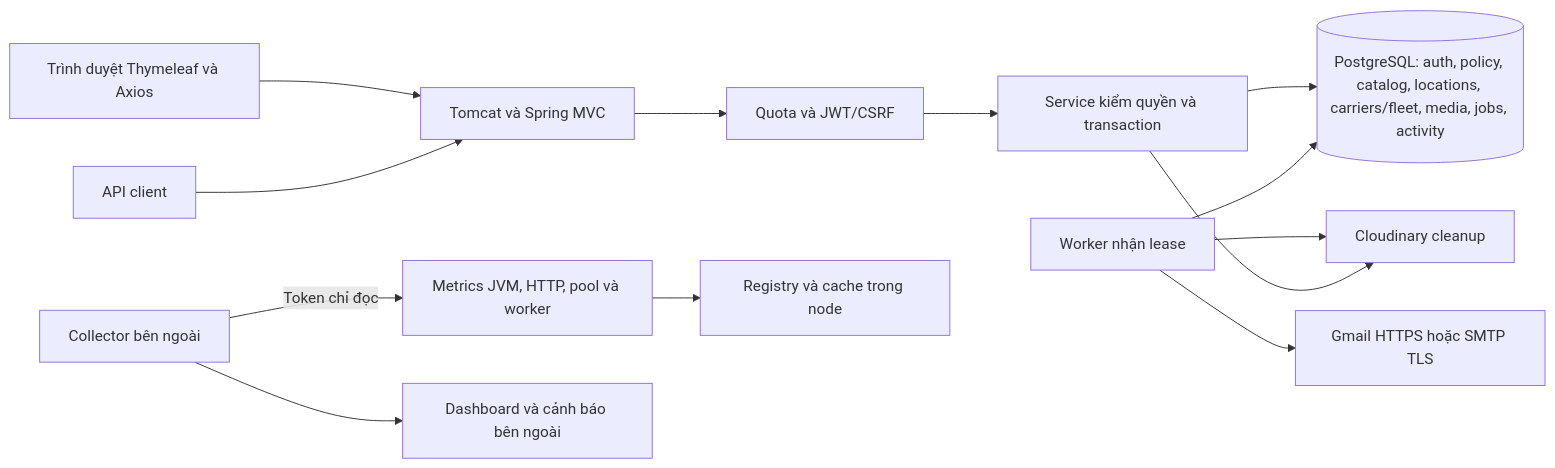
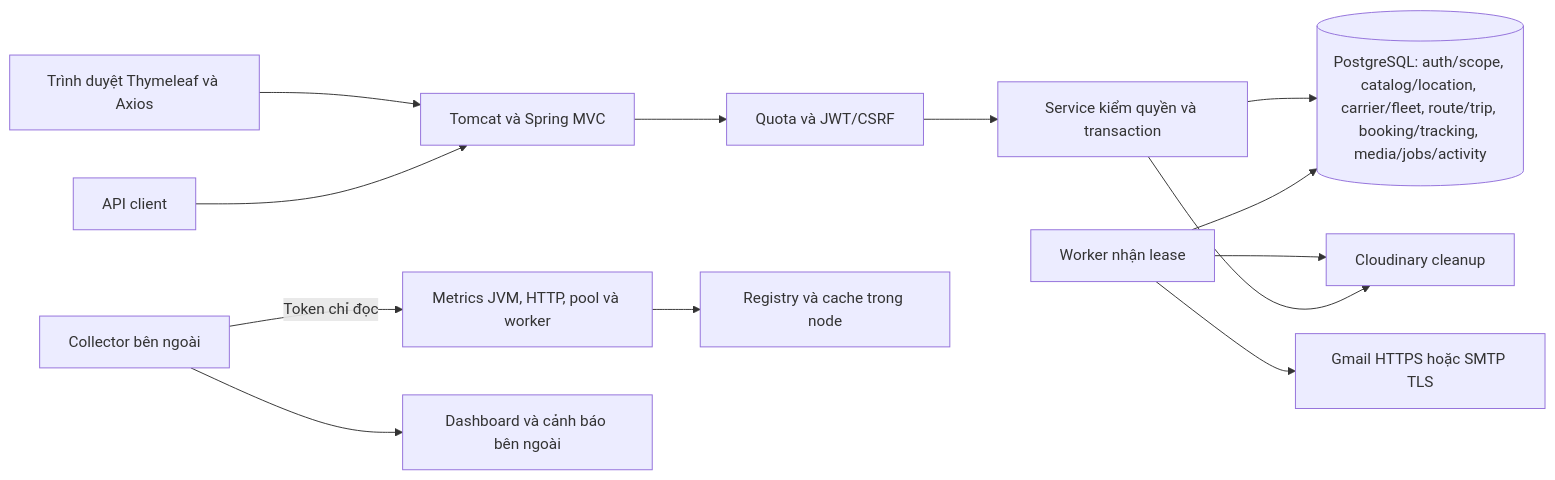
The diagram in docs/01-bat-dau/TONG_QUAN_HE_THONG.md (hieuv526034/vietroute-web), drawn with Mermaid before and after one commit. The commit also changed other lines of this file and 4 other files, not shown here.

````diff
--- a/docs/01-bat-dau/TONG_QUAN_HE_THONG.md
+++ b/docs/01-bat-dau/TONG_QUAN_HE_THONG.md
@@ -15,15 +15,15 @@
 ```mermaid
 flowchart LR
     Browser[Trình duyệt Thymeleaf và Axios] --> Web[Tomcat và Spring MVC]
     Api[API client] --> Web
     Web --> Security[Quota và JWT/CSRF]
     Security --> Services[Service kiểm quyền và transaction]
-    Services --> DB[(PostgreSQL: auth, policy, catalog, locations, carriers/fleet, media, jobs, activity)]
+    Services --> DB[(PostgreSQL: auth/scope, catalog/location, carrier/fleet, route/trip, booking/tracking, media/jobs/activity)]
     Worker[Worker nhận lease] --> DB
     Worker --> Gmail[Gmail HTTPS hoặc SMTP TLS]
     Worker --> Cloudinary[Cloudinary cleanup]
     Services --> Cloudinary
     Monitor[Collector bên ngoài] -->|Token chỉ đọc| Metrics[Metrics JVM, HTTP, pool và worker]
     Metrics --> Registry[Registry và cache trong node]
     Monitor --> Dashboard[Dashboard và cảnh báo bên ngoài]
 ```
````
